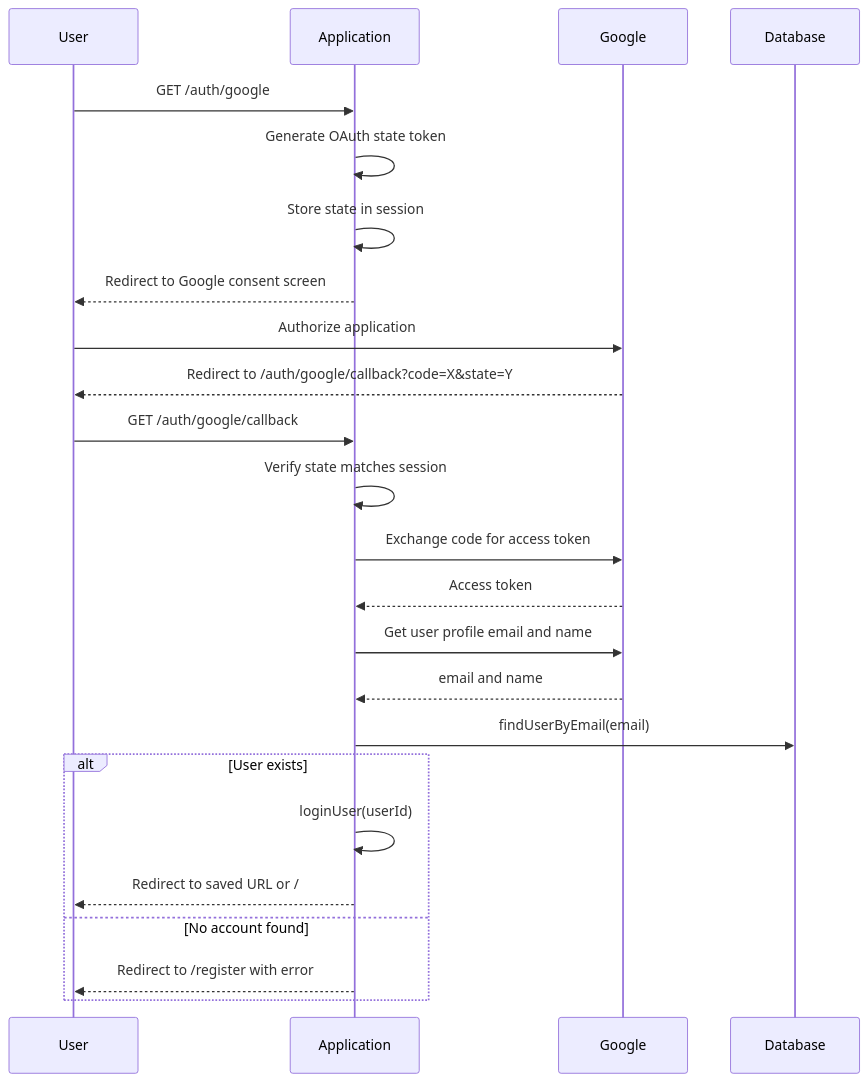
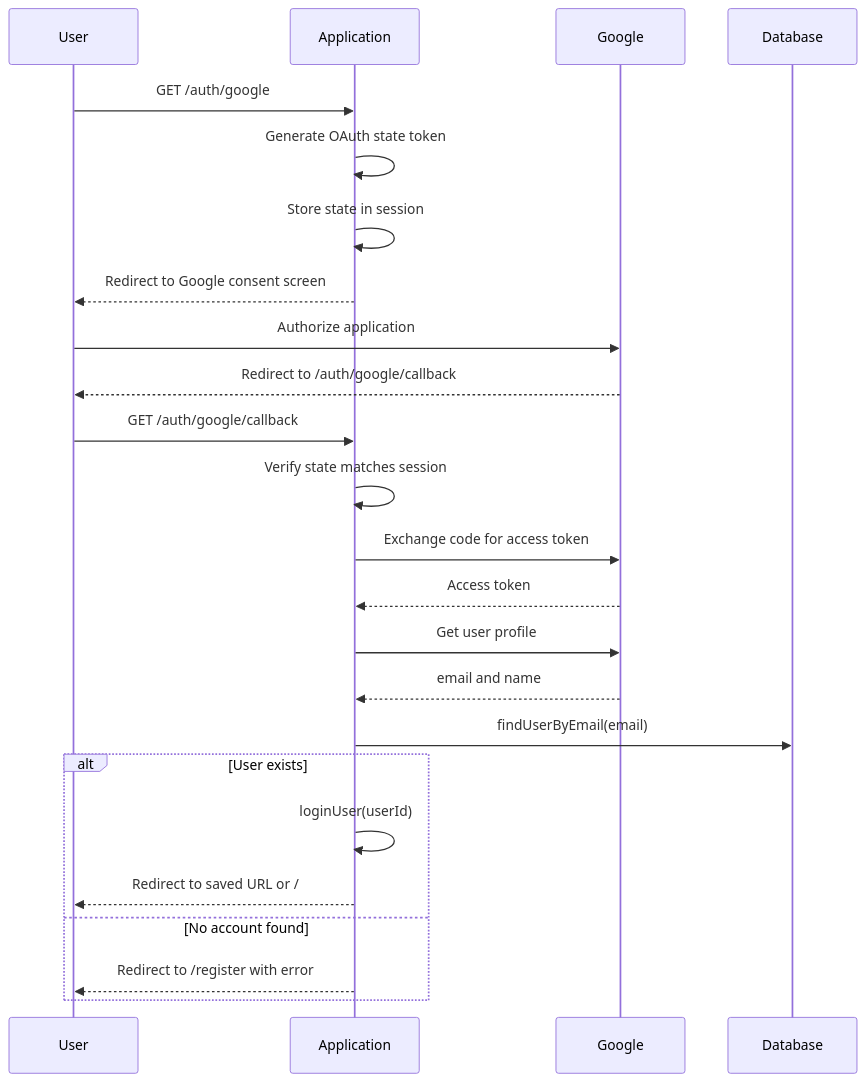
Before and after one commit to robsartin/heirloom: the fifth of 14 diagrams in doc/DEVELOPER.md, drawn with Mermaid. The commit also changed other lines of this file, not shown here.

First line of the commit message:
Add PHPDoc to all source files and update Mermaid diagrams

````diff
--- a/doc/DEVELOPER.md
+++ b/doc/DEVELOPER.md
@@ -139,29 +173,29 @@
 ```mermaid
 sequenceDiagram
     participant U as User
     participant App as Application
     participant G as Google
     participant DB as Database
 
     U->>App: GET /auth/google
     App->>App: Generate OAuth state token
     App->>App: Store state in session
     App-->>U: Redirect to Google consent screen
 
     U->>G: Authorize application
-    G-->>U: Redirect to /auth/google/callback?code=X&state=Y
+    G-->>U: Redirect to /auth/google/callback
 
     U->>App: GET /auth/google/callback
     App->>App: Verify state matches session
     App->>G: Exchange code for access token
     G-->>App: Access token
-    App->>G: Get user profile email and name
+    App->>G: Get user profile
     G-->>App: email and name
     App->>DB: findUserByEmail(email)
     alt User exists
         App->>App: loginUser(userId)
         App-->>U: Redirect to saved URL or /
     else No account found
         App-->>U: Redirect to /register with error
     end
 ```
````
